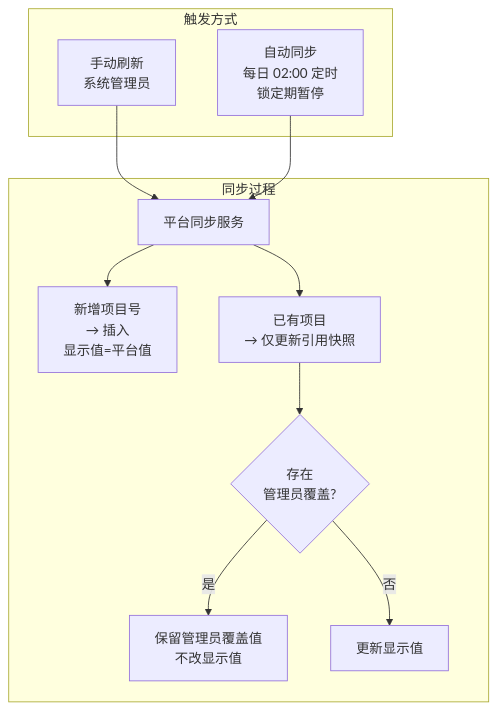
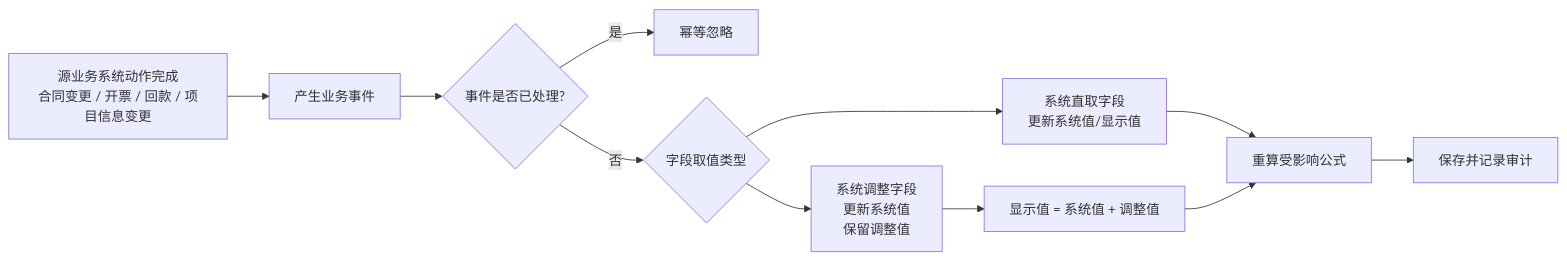
Diagram 11 of 14 in docs/需求文档/需求文档_产品版.md (marcelxu0272/202605_project-tracking-table), drawn with Mermaid before and after one commit. The commit also changed other lines of this file and 20 other files, not shown here.

````diff
--- a/docs/需求文档/需求文档_产品版.md
+++ b/docs/需求文档/需求文档_产品版.md
@@ -1086,24 +1091,13 @@
 ```mermaid
-flowchart TD
-    subgraph 触发方式
-        MANUAL["手动刷新<br/>系统管理员"]
-        AUTO["自动同步<br/>每日 02:00 定时<br/>锁定期暂停"]
-    end
-
-    subgraph 同步过程
-        SYNC["平台同步服务"]
-        NEW["新增项目号<br/>→ 插入<br/>显示值=平台值"]
-        REF["已有项目<br/>→ 仅更新引用快照"]
-        OVERRIDE{"存在<br/>管理员覆盖?"}
-        KEEP["保留管理员覆盖值<br/>不改显示值"]
-        UPDATE["更新显示值"]
-    end
-
-    MANUAL --> SYNC
-    AUTO --> SYNC
-    SYNC --> NEW
-    SYNC --> REF
-    REF --> OVERRIDE
-    OVERRIDE -->|是| KEEP
-    OVERRIDE -->|否| UPDATE
+flowchart LR
+    ACTION["源业务系统动作完成<br/>合同变更 / 开票 / 回款 / 项目信息变更"] --> EVENT["产生业务事件"]
+    EVENT --> CHECK{"事件是否已处理?"}
+    CHECK -->|是| IGNORE["幂等忽略"]
+    CHECK -->|否| ROUTE{"字段取值类型"}
+    ROUTE --> DIRECT["系统直取字段<br/>更新系统值/显示值"]
+    ROUTE --> ADJUST["系统调整字段<br/>更新系统值<br/>保留调整值"]
+    DIRECT --> FORMULA["重算受影响公式"]
+    ADJUST --> DISPLAY["显示值 = 系统值 + 调整值"]
+    DISPLAY --> FORMULA
+    FORMULA --> AUDIT["保存并记录审计"]
 ```
````
